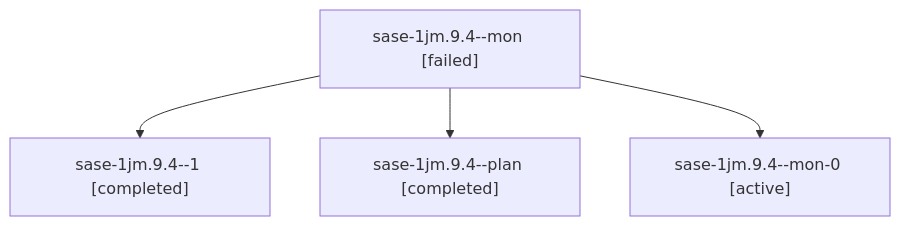
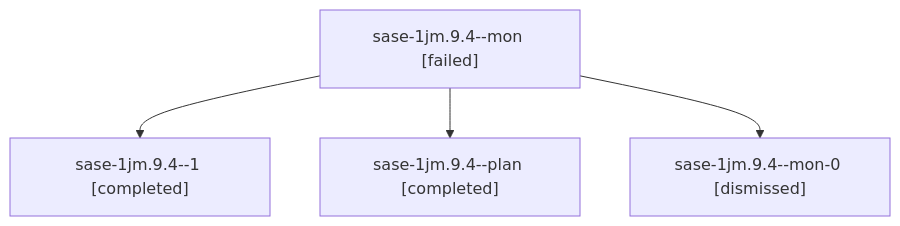
One commit to sase-org/sase--agents changed the diagram in sessions/bbugyi200.athena.sase-1jm.9.4.md. Above: the diagram before and after it, drawn with Mermaid. The commit also changed other lines of this file and 159 other files, not shown here.

````diff
--- a/sessions/bbugyi200.athena.sase-1jm.9.4.md
+++ b/sessions/bbugyi200.athena.sase-1jm.9.4.md
@@ -9,10 +9,10 @@
 ```mermaid
 flowchart TD
   n0["sase-1jm.9.4--mon [failed]"]
   n1["sase-1jm.9.4--1 [completed]"]
   n0 --> n1
   n2["sase-1jm.9.4--plan [completed]"]
   n0 --> n2
-  n3["sase-1jm.9.4--mon-0 [active]"]
+  n3["sase-1jm.9.4--mon-0 [dismissed]"]
   n0 --> n3
 ```
````
